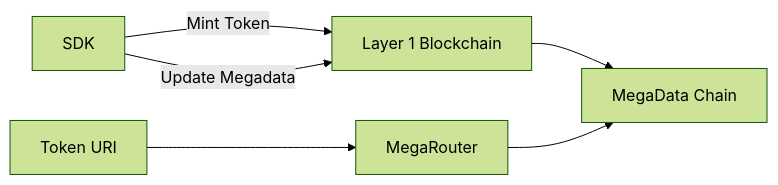
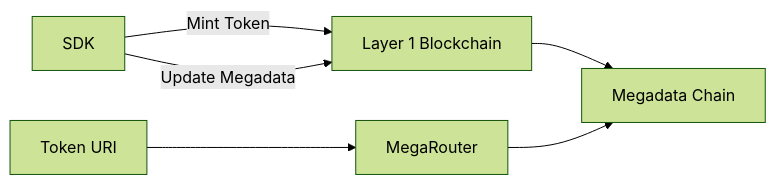
Before and after one commit to megayours/docs: the diagram in megadata/README.md, drawn with Mermaid (forest theme). The commit also changed other lines of this file and 2 other files, not shown here.

````diff
--- a/megadata/README.md
+++ b/megadata/README.md
@@ -11,8 +11,8 @@
 ```mermaid
 flowchart LR
   SDK -- Mint Token --> L1[Layer 1 Blockchain]
   SDK -- Update Megadata --> L1[Layer 1 Blockchain]
-  L1 --> MD[MegaData Chain]
+  L1 --> MD[Megadata Chain]
   TokenUri[Token URI] --> MR
   MR[MegaRouter] --> MD
 ```
````
